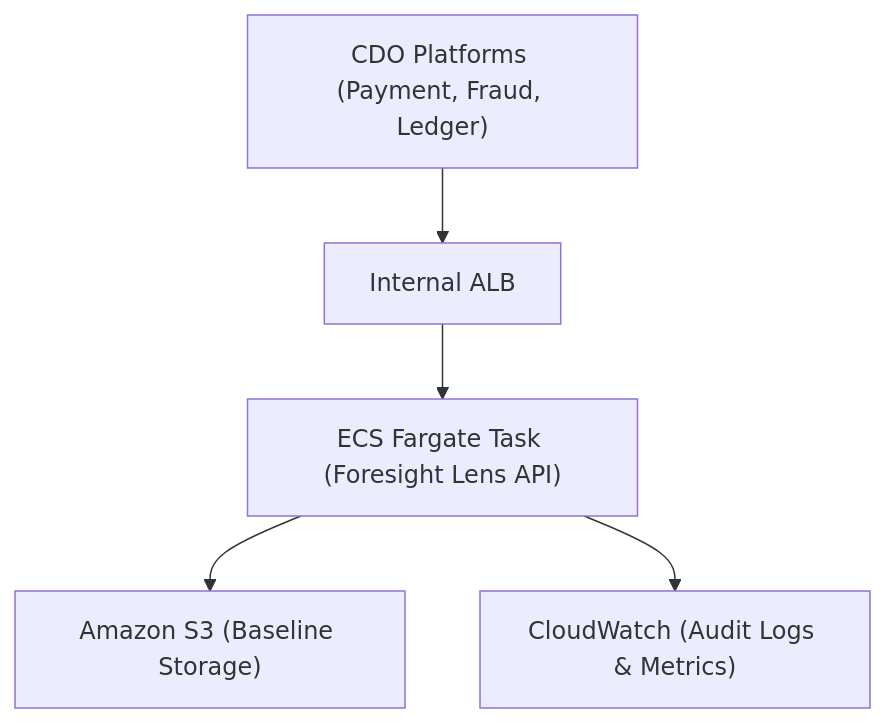
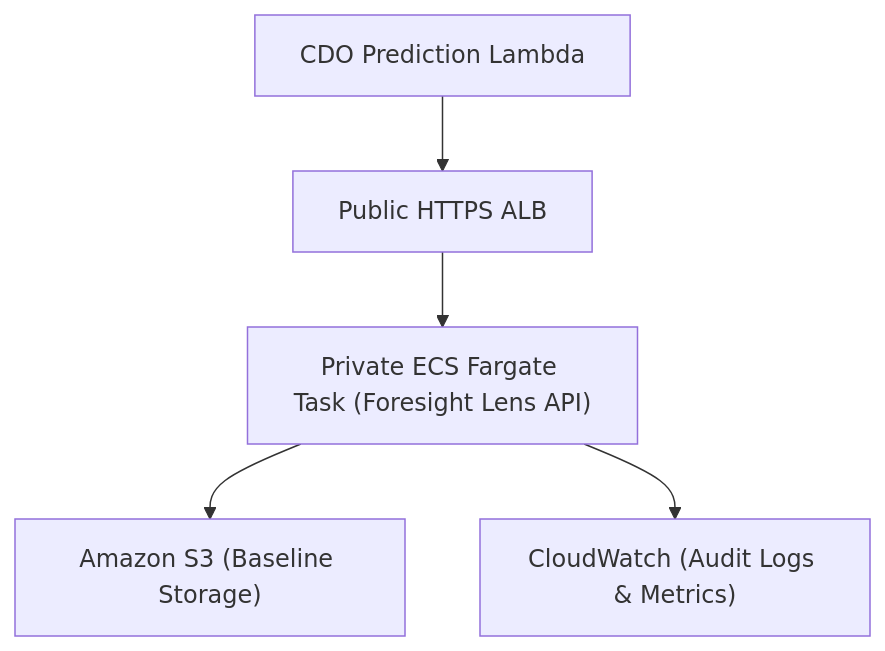
One commit to 2hm1901/capstone-phase2 changed the diagram in contracts/deployment-contract.md. Above: the diagram before and after it, drawn with Mermaid. The commit also changed other lines of this file and 8 other files, not shown here.

````diff
--- a/contracts/deployment-contract.md
+++ b/contracts/deployment-contract.md
@@ -78,7 +78,7 @@
 ```mermaid
 graph TD
-    Client["CDO Platforms (Payment, Fraud, Ledger)"] --> ALB["Internal ALB"]
-    ALB --> ECS["ECS Fargate Task (Foresight Lens API)"]
+    Client["CDO Prediction Lambda"] --> ALB["Public HTTPS ALB"]
+    ALB --> ECS["Private ECS Fargate Task (Foresight Lens API)"]
     ECS --> S3["Amazon S3 (Baseline Storage)"]
     ECS --> CW["CloudWatch (Audit Logs & Metrics)"]
 ```
````
